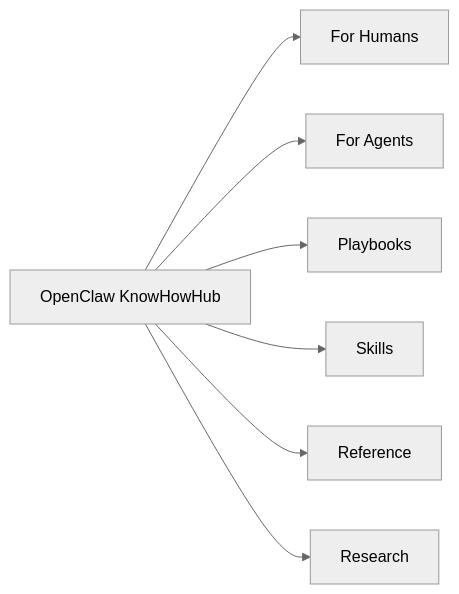
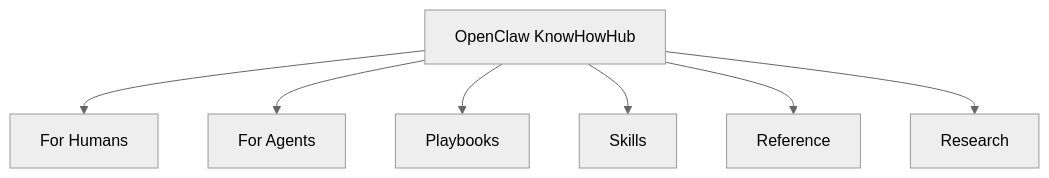
The diagram in README.md (JimmyWangJimmy/OpenClaw-KnowHowHub), drawn with Mermaid (neutral theme) before and after one commit. The commit also changed other lines of this file, not shown here.

````diff
--- a/README.md
+++ b/README.md
@@ -30,9 +53,9 @@
 ```mermaid
-flowchart LR
+flowchart TD
     A["OpenClaw KnowHowHub"] --> B["For Humans"]
     A --> C["For Agents"]
     A --> D["Playbooks"]
     A --> E["Skills"]
     A --> F["Reference"]
     A --> G["Research"]
 ```
````
